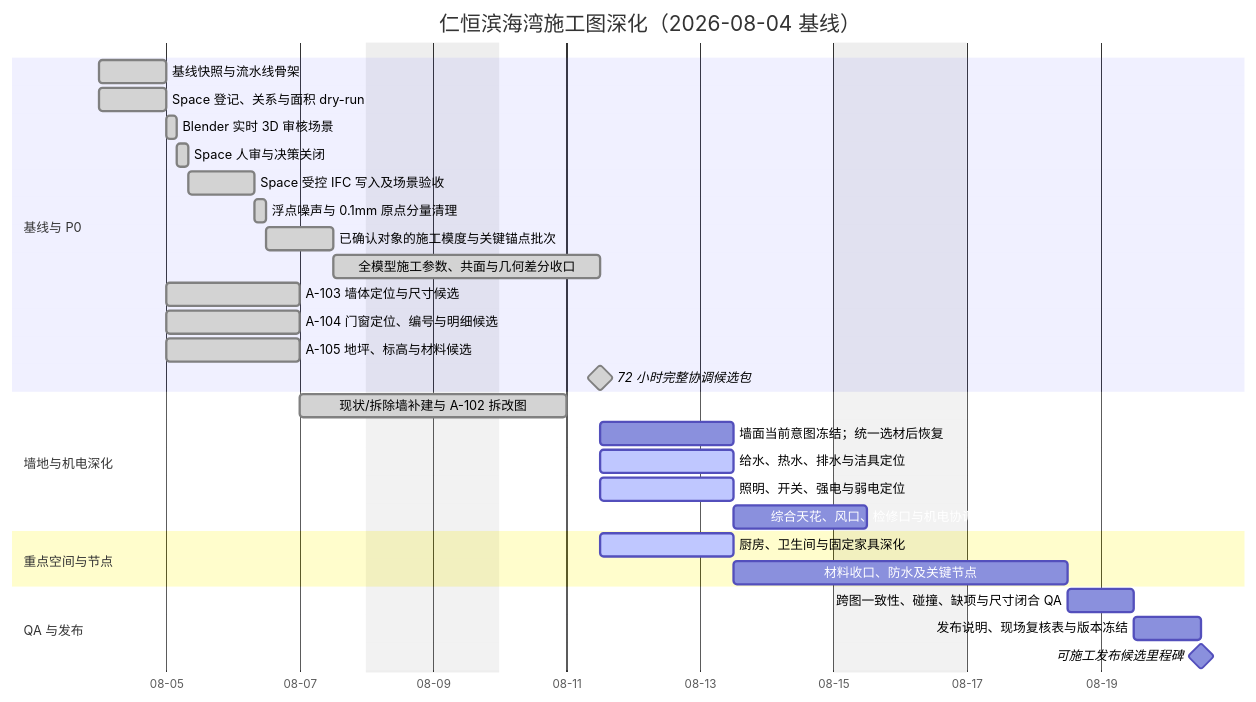
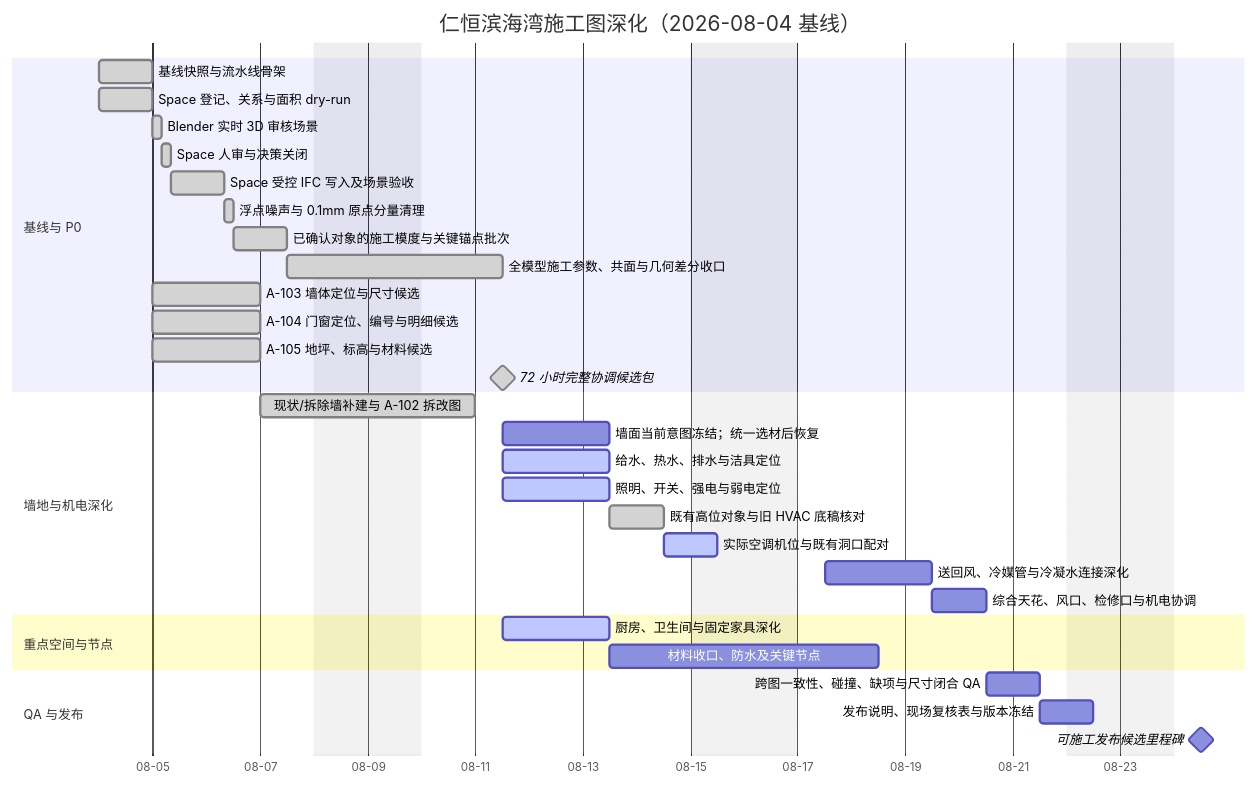
Before and after one commit to Weihan96/2504-GBTB-Yanlord-Zhuhai: the diagram in drawings/滨海湾装修施工图深化工作管理.md, drawn with Mermaid. The commit also changed other lines of this file and 5 other files, not shown here.

````diff
--- a/drawings/滨海湾装修施工图深化工作管理.md
+++ b/drawings/滨海湾装修施工图深化工作管理.md
@@ -65,37 +65,40 @@
 ```mermaid
 gantt
     title 仁恒滨海湾施工图深化（2026-08-04 基线）
     dateFormat  YYYY-MM-DD
     axisFormat  %m-%d
     excludes    weekends
 
     section 基线与 P0
     基线快照与流水线骨架                 :done, M000, 2026-08-04, 1d
     Space 登记、关系与面积 dry-run       :done, S001, 2026-08-04, 1d
     Blender 实时 3D 审核场景              :done, S002A, after S001, 4h
     Space 人审与决策关闭                 :done, S002, after S002A, 4h
     Space 受控 IFC 写入及场景验收         :done, S003, after S002, 1d
     浮点噪声与 0.1mm 原点分量清理          :done, C001, after S003, 4h
     已确认对象的施工模度与关键锚点批次       :done, C002, after C001, 1d
     全模型施工参数、共面与几何差分收口       :done, C003, after C002, 2d
     A-103 墙体定位与尺寸候选              :done, A103, after S001, 2d
     A-104 门窗定位、编号与明细候选         :done, A104, after S001, 2d
     A-105 地坪、标高与材料候选             :done, A105, after S001, 2d
     72 小时完整协调候选包                 :milestone, done, M072, after C003 A103 A104 A105, 0d
 
     section 墙地与机电深化
     现状/拆除墙补建与 A-102 拆改图         :done, A102, after A103, 2d
     墙面当前意图冻结；统一选材后恢复         :WFIN, after M072, 2d
     给水、热水、排水与洁具定位             :active, PLUM, after M072, 2d
     照明、开关、强电与弱电定位             :active, ELEC, after M072, 2d
-    综合天花、风口、检修口与机电协调        :RCP1, after ELEC, 2d
+    既有高位对象与旧 HVAC 底稿核对          :done, RCP1A, after ELEC, 1d
+    实际空调机位与既有洞口配对              :active, RCP1B, after RCP1A, 1d
+    送回风、冷媒管与冷凝水连接深化           :RCP1C, after RCP1B, 2d
+    综合天花、风口、检修口与机电协调        :RCP1, after RCP1C, 1d
 
     section 重点空间与节点
     厨房、卫生间与固定家具深化             :active, INT1, after M072, 2d
     材料收口、防水及关键节点               :DET1, after INT1, 3d
 
     section QA 与发布
     跨图一致性、碰撞、缺项与尺寸闭合 QA     :QA01, after RCP1 DET1 WFIN PLUM, 1d
     发布说明、现场复核表与版本冻结           :REL1, after QA01, 1d
     可施工发布候选里程碑                   :milestone, MREL, after REL1, 0d
 ```
````
